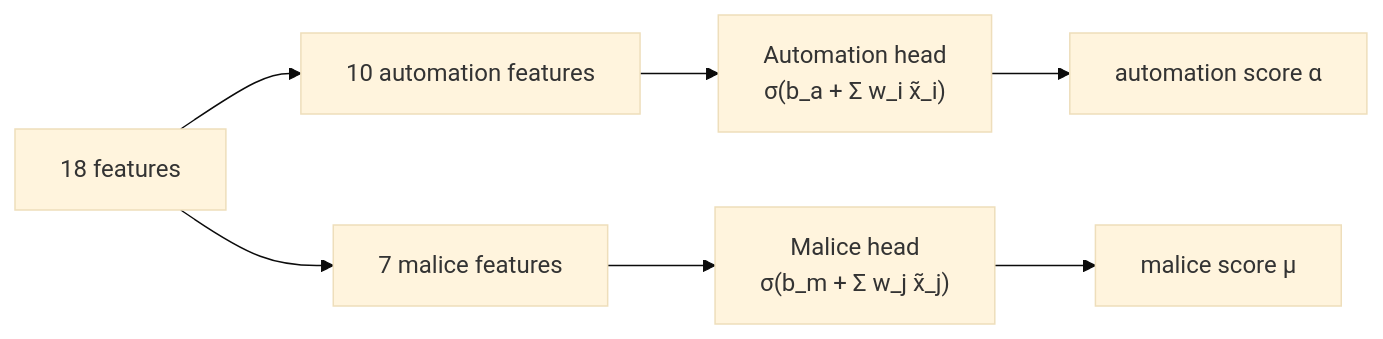
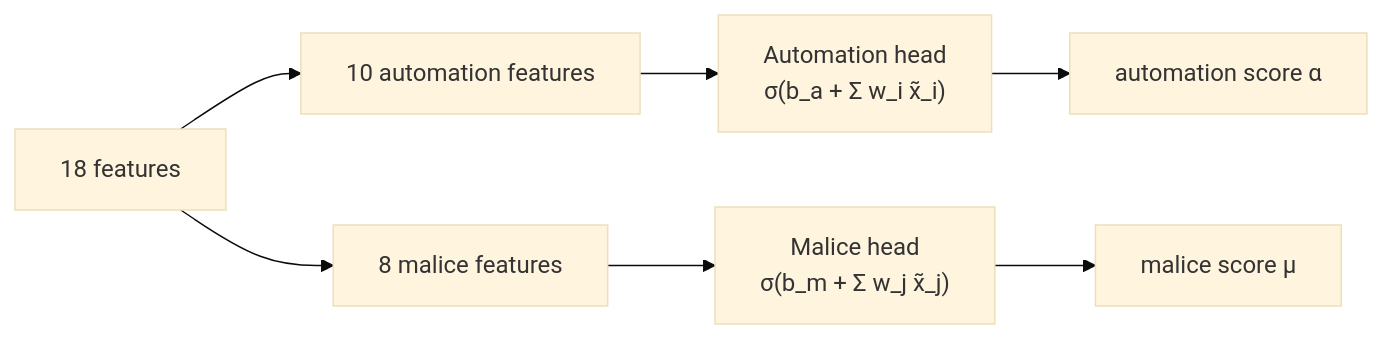
One commit to parthkansal823/FinalYearProject-Deception changed the second of 6 diagrams in docs/METHODOLOGY.md. Above: the diagram before and after it, drawn with Mermaid (base theme). The commit also changed other lines of this file and 60 other files, not shown here.

````diff
--- a/docs/METHODOLOGY.md
+++ b/docs/METHODOLOGY.md
@@ -290,9 +303,9 @@
 ```mermaid
 flowchart LR
     X[18 features] --> A[10 automation features]
-    X --> M[7 malice features]
+    X --> M[8 malice features]
     A --> HA["Automation head<br/>σ(b_a + Σ w_i x̃_i)"]
     M --> HM["Malice head<br/>σ(b_m + Σ w_j x̃_j)"]
     HA --> SA[automation score α]
     HM --> SM[malice score μ]
 ```
````
